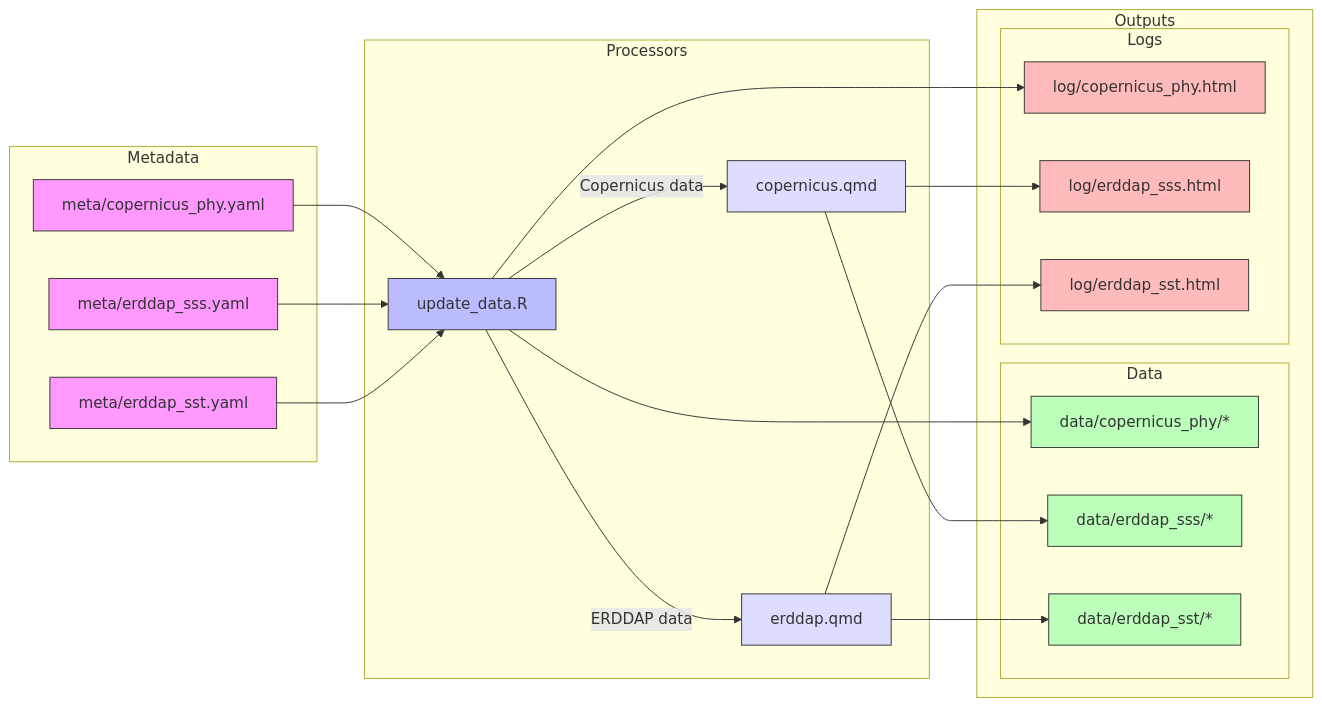
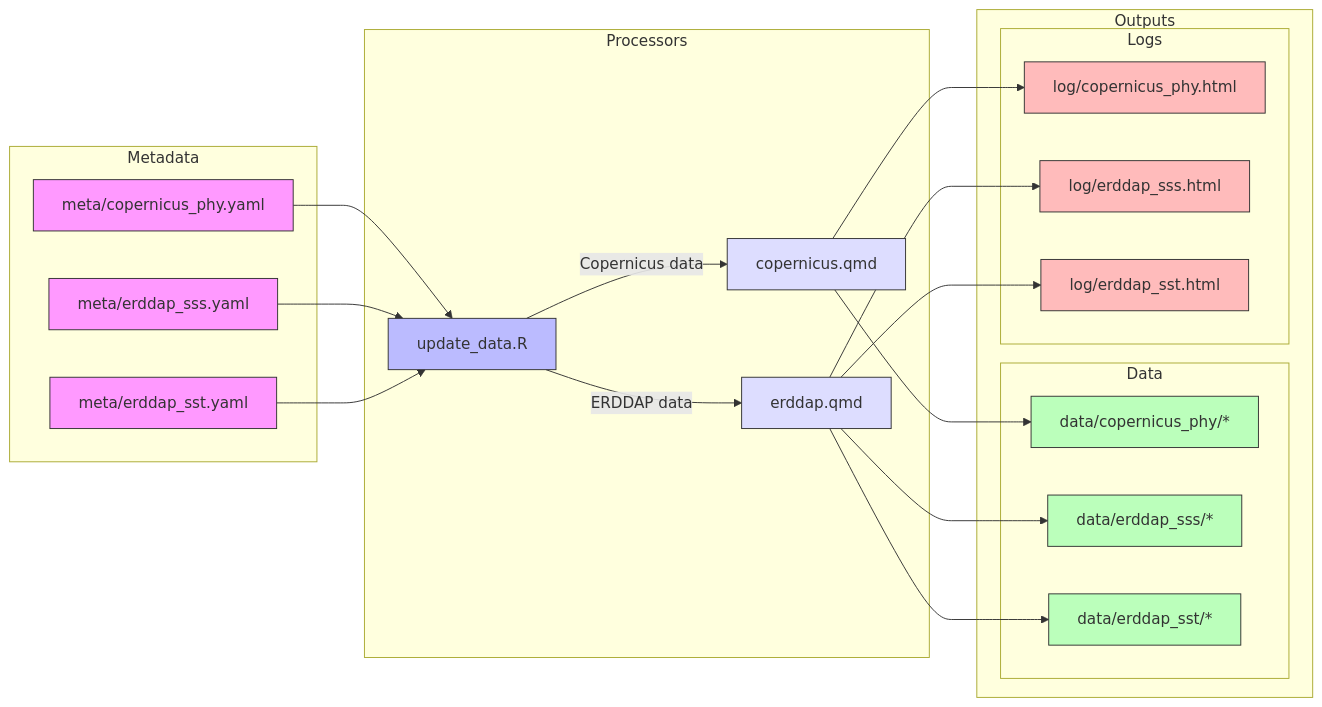
The diagram in README.md (noaa-onms/climate-dashboard-app), drawn with Mermaid before and after one commit.

Commit message:
diag fix

````diff
--- a/README.md
+++ b/README.md
@@ -24,58 +24,58 @@
 ```mermaid
 graph LR
     subgraph Metadata
         M1[meta/copernicus_phy.yaml]
         M2[meta/erddap_sss.yaml]
         M3[meta/erddap_sst.yaml]
     end
     
     subgraph Processors
         P1[update_data.R]
         P2[copernicus.qmd]
         P3[erddap.qmd]
     end
     
     subgraph Outputs
         subgraph Data
             D1[data/copernicus_phy/*]
             D2[data/erddap_sss/*]
             D3[data/erddap_sst/*]
         end
         
         subgraph Logs
             L1[log/copernicus_phy.html]
             L2[log/erddap_sss.html]
             L3[log/erddap_sst.html]
         end
     end
     
     M1 --> P1
     M2 --> P1
     M3 --> P1
     
     P1 --> |Copernicus data| P2
     P1 --> |ERDDAP data| P3
     
-    P1 --> D1
-    P1 --> L1
-    P2 --> D2
-    P2 --> L2
+    P2 --> D1
+    P2 --> L1
+    P3 --> D2
+    P3 --> L2
     P3 --> D3
     P3 --> L3
     
     style M1 fill:#f9f,stroke:#333,stroke-width:1px
     style M2 fill:#f9f,stroke:#333,stroke-width:1px
     style M3 fill:#f9f,stroke:#333,stroke-width:1px
     
     style P1 fill:#bbf,stroke:#333,stroke-width:1px
     style P2 fill:#ddf,stroke:#333,stroke-width:1px
     style P3 fill:#ddf,stroke:#333,stroke-width:1px
     
     style D1 fill:#bfb,stroke:#333,stroke-width:1px
     style D2 fill:#bfb,stroke:#333,stroke-width:1px
     style D3 fill:#bfb,stroke:#333,stroke-width:1px
     
     style L1 fill:#fbb,stroke:#333,stroke-width:1px
     style L2 fill:#fbb,stroke:#333,stroke-width:1px
     style L3 fill:#fbb,stroke:#333,stroke-width:1px
 ```
````
